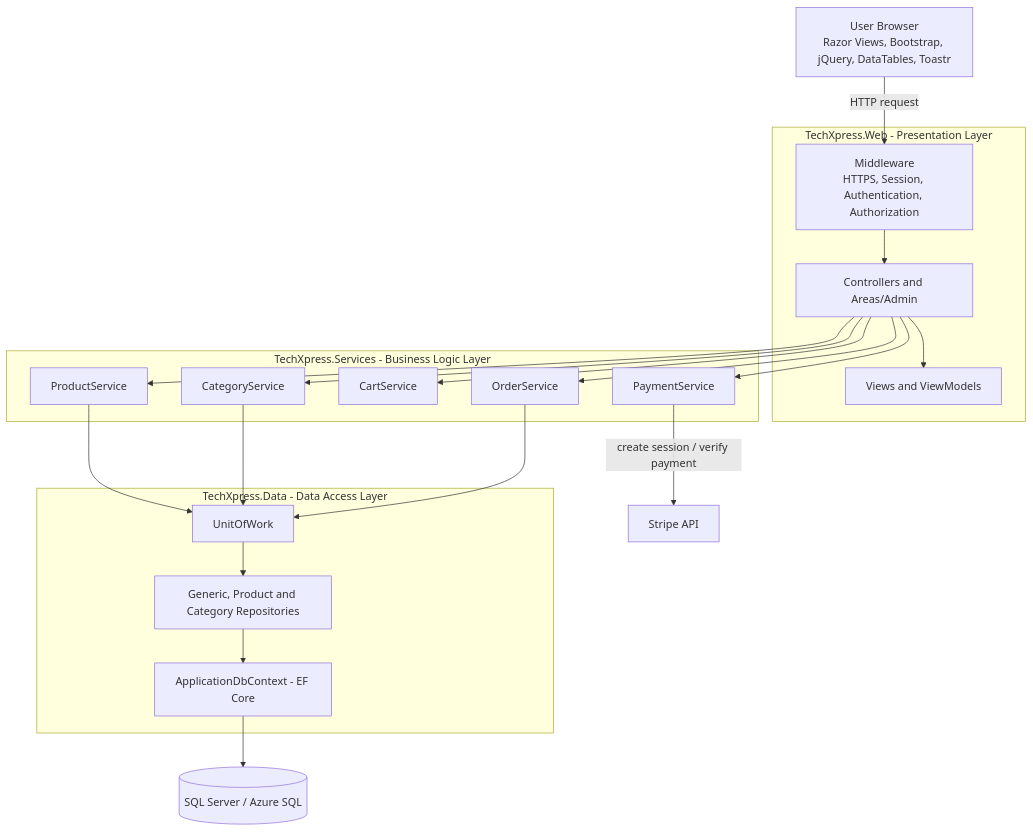
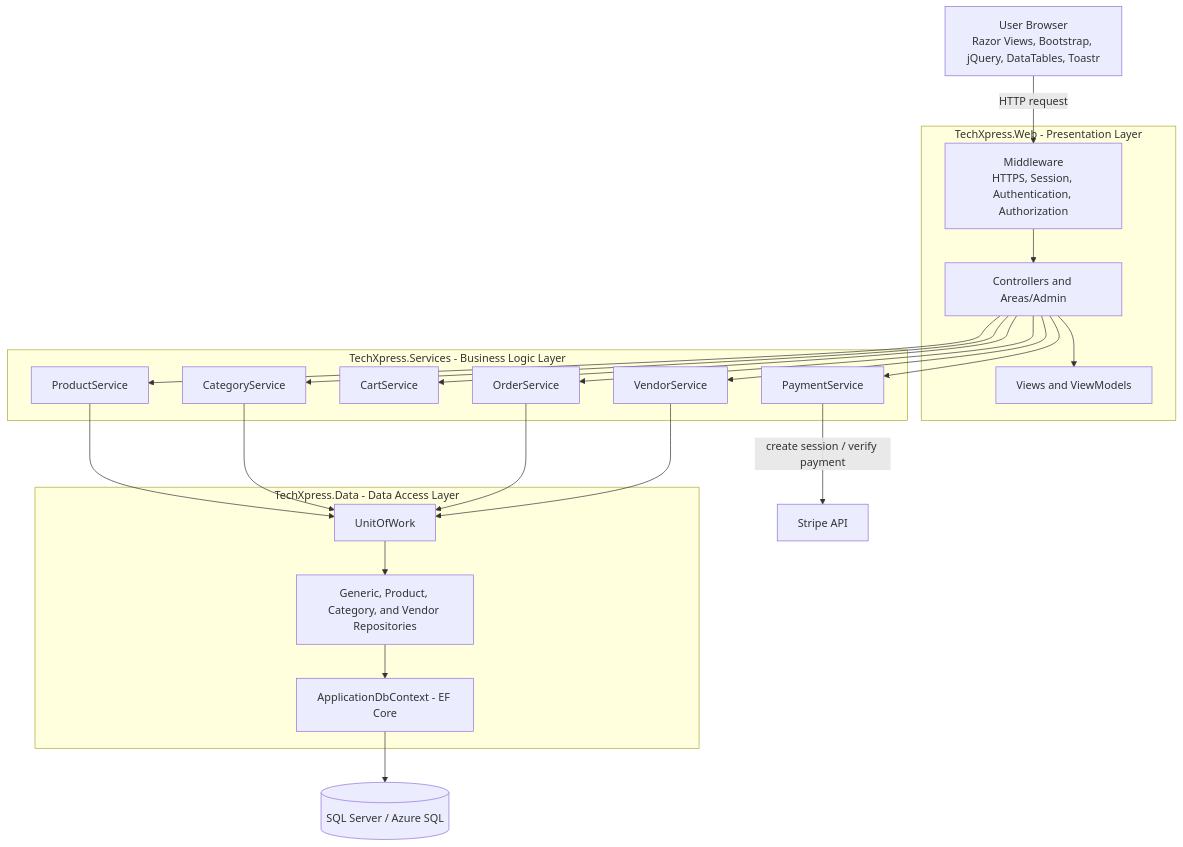
One commit to ahmadalrudiny/Techxpress_DEPI_Project changed the first of 3 diagrams in docs/System-Analysis-Design/01-Problem-Statement-and-Architecture.md. Above: the diagram before and after it, drawn with Mermaid. The commit also changed other lines of this file, not shown here.

````diff
--- a/docs/System-Analysis-Design/01-Problem-Statement-and-Architecture.md
+++ b/docs/System-Analysis-Design/01-Problem-Statement-and-Architecture.md
@@ -16,34 +17,35 @@
 ```mermaid
 flowchart TB
     U["User Browser<br/>Razor Views, Bootstrap, jQuery, DataTables, Toastr"]
 
     subgraph WEB["TechXpress.Web - Presentation Layer"]
         MW["Middleware<br/>HTTPS, Session, Authentication, Authorization"]
         C["Controllers and Areas/Admin"]
         V["Views and ViewModels"]
     end
 
     subgraph SVC["TechXpress.Services - Business Logic Layer"]
         PS["ProductService"]
         CS["CategoryService"]
         CART["CartService"]
         OS["OrderService"]
         PAY["PaymentService"]
+        VS["VendorService"]
     end
 
     subgraph DATA["TechXpress.Data - Data Access Layer"]
         UOW["UnitOfWork"]
-        REPO["Generic, Product and Category Repositories"]
+        REPO["Generic, Product, Category, and Vendor Repositories"]
         CTX["ApplicationDbContext - EF Core"]
     end
 
     DB[("SQL Server / Azure SQL")]
     STRIPE["Stripe API"]
 
     U -->|HTTP request| MW --> C
     C --> V
-    C --> PS & CS & CART & OS & PAY
-    PS & CS & OS --> UOW
+    C --> PS & CS & CART & OS & PAY & VS
+    PS & CS & OS & VS --> UOW
     UOW --> REPO --> CTX --> DB
     PAY -->|create session / verify payment| STRIPE
 ```
````
